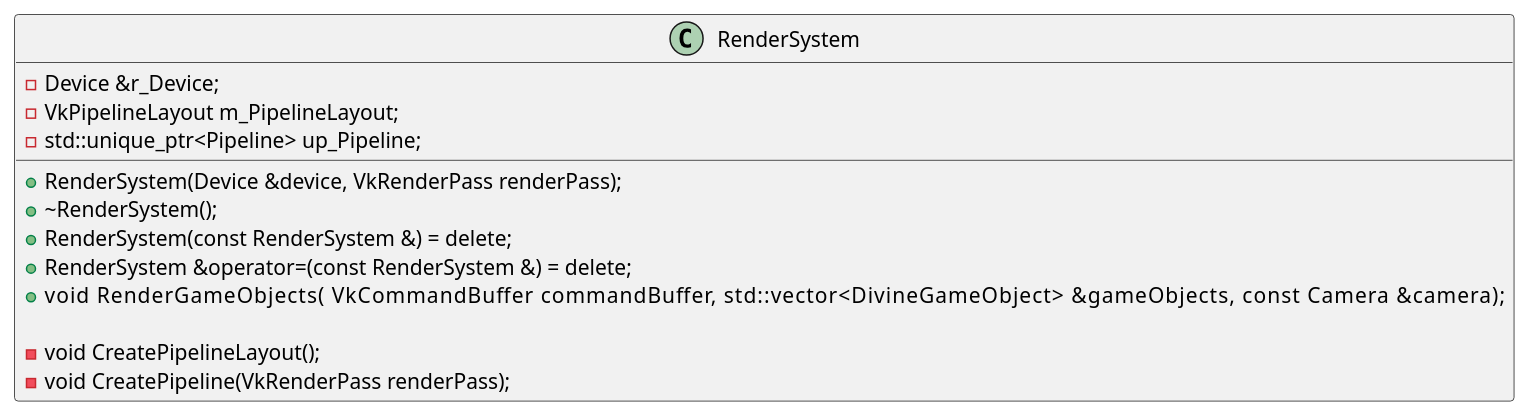
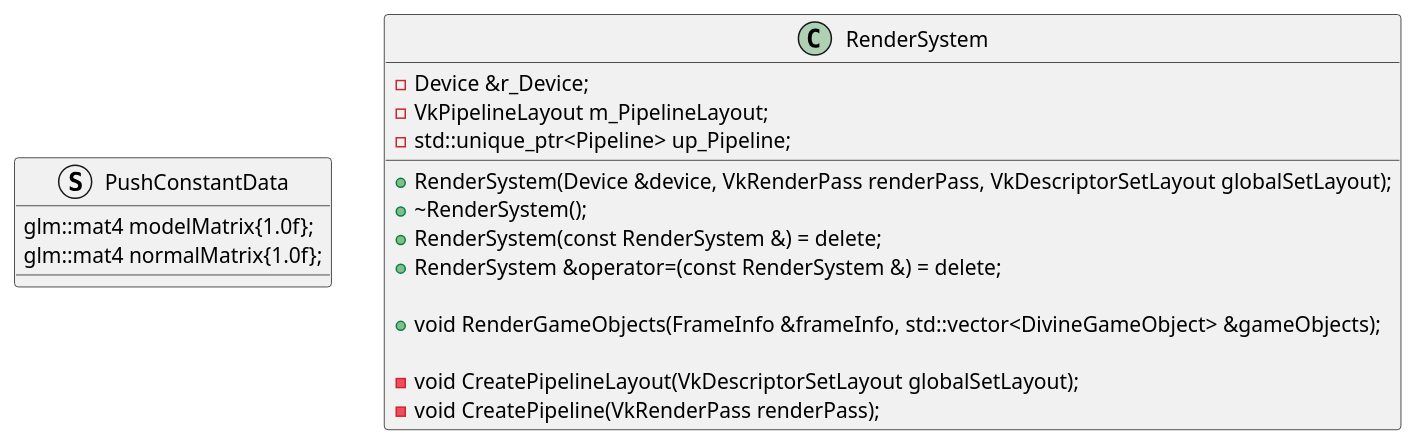
The diagram in src/render_system.pu (BravoMando/BasicVulkanWarperUML), drawn with PlantUML before and after one commit. The commit also changed 28 other files, not shown here.

```diff
--- a/src/render_system.pu
+++ b/src/render_system.pu
@@ -1,20 +1,24 @@
 @startuml
+struct PushConstantData
+{
+    glm::mat4 modelMatrix{1.0f};
+    glm::mat4 normalMatrix{1.0f};
+}
+
 class RenderSystem
 {
-    + RenderSystem(Device &device, VkRenderPass renderPass);
+    + RenderSystem(Device &device, VkRenderPass renderPass, VkDescriptorSetLayout globalSetLayout);
     + \~RenderSystem();
     + RenderSystem(const RenderSystem &) = delete;
     + RenderSystem &operator=(const RenderSystem &) = delete;
-    + void RenderGameObjects(\
-        VkCommandBuffer commandBuffer,\
-        std::vector<DivineGameObject> &gameObjects,\
-        const Camera &camera);
 
-    - void CreatePipelineLayout();
+    + void RenderGameObjects(FrameInfo &frameInfo, std::vector<DivineGameObject> &gameObjects);
+
+    - void CreatePipelineLayout(VkDescriptorSetLayout globalSetLayout);
     - void CreatePipeline(VkRenderPass renderPass);
 
     - Device &r_Device;
     - VkPipelineLayout m_PipelineLayout;
     - std::unique_ptr<Pipeline> up_Pipeline;
 }
 @enduml
```
